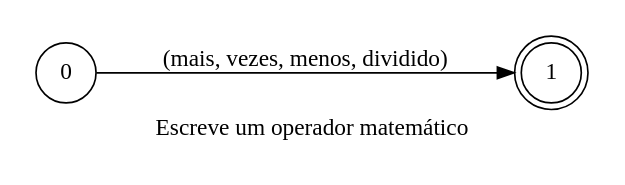
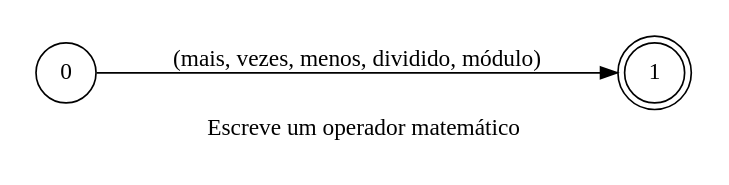
The diagram in spoken/src/modules/typescript/math_operator/phrase_pt-BR.dot (pedrooaugusto/speech-to-code), drawn with Graphviz before and after one commit. The commit also changed 49 other files, not shown here.

```diff
--- a/spoken/src/modules/typescript/math_operator/phrase_pt-BR.dot
+++ b/spoken/src/modules/typescript/math_operator/phrase_pt-BR.dot
@@ -1,16 +1,16 @@
 digraph MathOperator {
     id="math_operator";
     label="Escreve um operador matemático";
     lang="pt-BR";
     langName="Português";
     pad="0.2";
     rankdir=LR;
     alias="true";
     node[shape=doublecircle]; 1;
     node[shape=circle];
 
-    0 -> 1 [label="(mais, vezes, menos, dividido)", store=mathOperator, disableSpellcheck=true];
+    0 -> 1 [label="(mais, vezes, menos, dividido, módulo)", store=mathOperator, disableSpellcheck=true];
 
     title="Escreve uma operador matemático";
     desc="Escreve um operador matemático (*, -, +, /) pensando para ser usado com expressões";
 }
```
